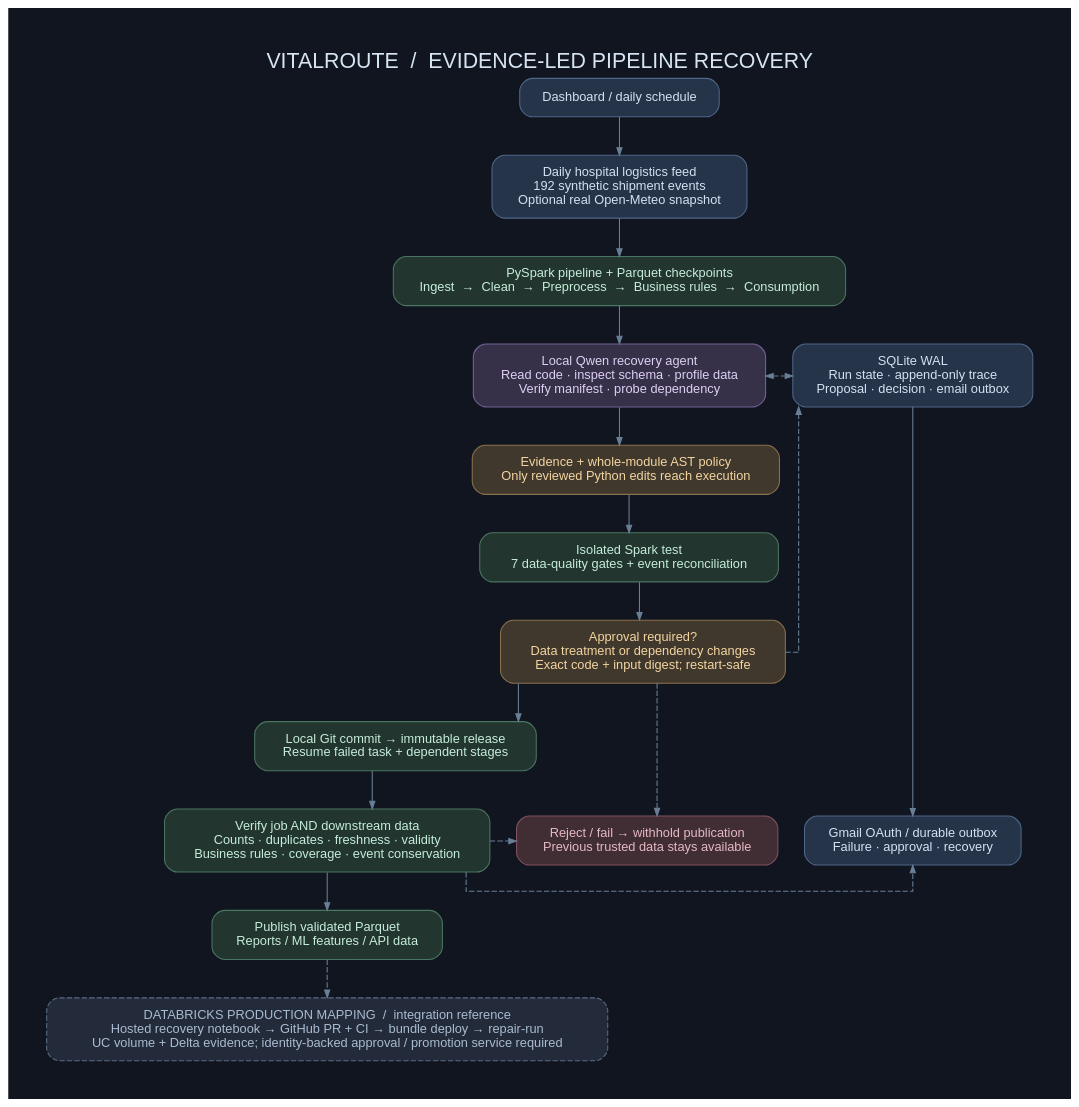
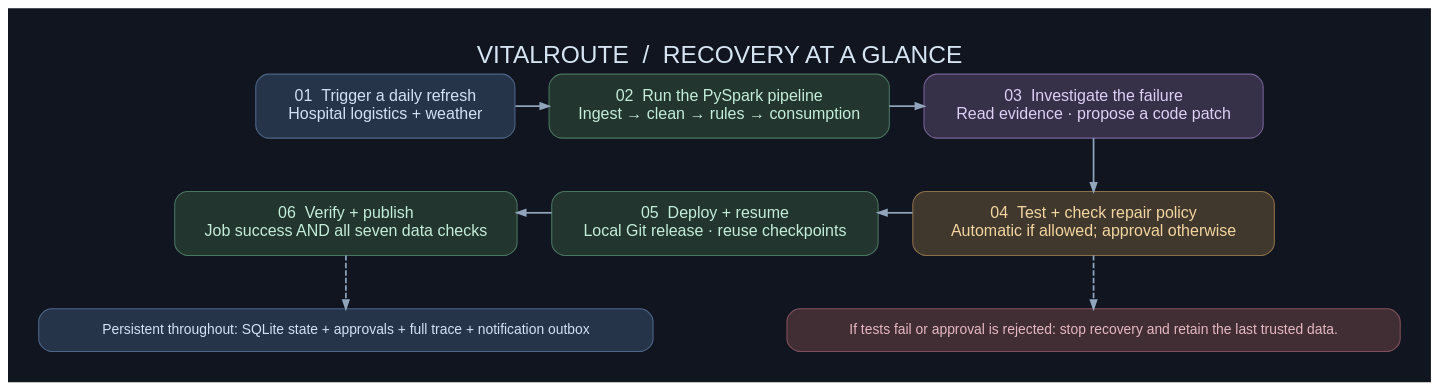
The diagram in docs/diagrams/architecture.dot (joshuadominic0598/data-pipeline-recovery-agent), drawn with Graphviz before and after one commit. The commit also changed 12 other files, not shown here.

Commit message:
Simplify recovery diagrams and explain Databricks production flow

```diff
--- a/docs/diagrams/architecture.dot
+++ b/docs/diagrams/architecture.dot
@@ -1,25 +1,22 @@
 digraph VitalRoute {
-  graph [bgcolor="#10151f", pad="0.5", ranksep="0.5", nodesep="0.35", fontname="Helvetica", label="VITALROUTE  /  EVIDENCE-LED PIPELINE RECOVERY", labelloc=t, fontsize=20, fontcolor="#d7e5f3", splines=ortho];
-  node [shape=box, style="rounded,filled", fillcolor="#23352f", color="#4a7560", fontcolor="#c5edda", fontname="Helvetica", fontsize=12, margin="0.18,0.14"];
-  edge [color="#697f95", arrowsize=0.7, fontcolor="#9aaec4", fontname="Helvetica", fontsize=10];
-  trigger [label="Dashboard / daily schedule", fillcolor="#263449",color="#4d6689",fontcolor="#d3e1f4"];
-  data [label="Daily hospital logistics feed\n192 synthetic shipment events\nOptional real Open-Meteo snapshot",fillcolor="#263449",color="#4d6689",fontcolor="#d3e1f4"];
-  pipeline [label="PySpark pipeline + Parquet checkpoints\nIngest  →  Clean  →  Preprocess  →  Business rules  →  Consumption"];
-  agent [label="Local Qwen recovery agent\nRead code · inspect schema · profile data\nVerify manifest · probe dependency",fillcolor="#363048",color="#756295",fontcolor="#ded0f4"];
-  policy [label="Evidence + whole-module AST policy\nOnly reviewed Python edits reach execution",fillcolor="#40382c",color="#8a704b",fontcolor="#f3d5a1"];
-  sandbox [label="Isolated Spark test\n7 data-quality gates + event reconciliation"];
-  approval [label="Approval required?\nData treatment or dependency changes\nExact code + input digest; restart-safe",fillcolor="#40382c",color="#8a704b",fontcolor="#f3d5a1"];
-  release [label="Local Git commit → immutable release\nResume failed task + dependent stages"];
-  verify [label="Verify job AND downstream data\nCounts · duplicates · freshness · validity\nBusiness rules · coverage · event conservation"];
-  publish [label="Publish validated Parquet\nReports / ML features / API data"];
-  preserve [label="Reject / fail → withhold publication\nPrevious trusted data stays available",fillcolor="#402e34",color="#80505c",fontcolor="#e5b9c3"];
-  state [label="SQLite WAL\nRun state · append-only trace\nProposal · decision · email outbox",fillcolor="#263449",color="#4d6689",fontcolor="#d3e1f4"];
-  email [label="Gmail OAuth / durable outbox\nFailure · approval · recovery",fillcolor="#263449",color="#4d6689",fontcolor="#d3e1f4"];
-  cloud [label="DATABRICKS PRODUCTION MAPPING  /  integration reference\nHosted recovery notebook → GitHub PR + CI → bundle deploy → repair-run\nUC volume + Delta evidence; identity-backed approval / promotion service required",fillcolor="#232b3a",color="#596b83",fontcolor="#a9bbd0",style="rounded,filled,dashed"];
-  trigger -> data -> pipeline -> agent -> policy -> sandbox -> approval -> release -> verify -> publish;
-  approval -> preserve [style=dashed]; verify -> preserve [style=dashed];
-  agent -> state [style=dashed,dir=both]; approval -> state [style=dashed]; verify -> email [style=dashed]; state -> email;
-  publish -> cloud [style=dashed];
-  {rank=same; agent;state;}
-  {rank=same; verify;email;preserve;}
+  graph [bgcolor="#10151f", pad="0.4", ranksep="0.7", nodesep="0.45", fontname="Helvetica", label="VITALROUTE  /  RECOVERY AT A GLANCE", labelloc=t, fontsize=23, fontcolor="#d7e5f3", splines=ortho];
+  node [shape=box, style="rounded,filled", fillcolor="#23352f", color="#4a7560", fontcolor="#c5edda", fontname="Helvetica", fontsize=15, margin="0.22,0.18", width=3.2];
+  edge [color="#91a6bc", arrowsize=0.8, penwidth=1.6];
+  trigger [label="01  Trigger a daily refresh\nHospital logistics + weather",fillcolor="#263449",color="#4d6689",fontcolor="#d3e1f4"];
+  pipeline [label="02  Run the PySpark pipeline\nIngest → clean → rules → consumption"];
+  agent [label="03  Investigate the failure\nRead evidence · propose a code patch",fillcolor="#363048",color="#756295",fontcolor="#ded0f4"];
+  test [label="04  Test + check repair policy\nAutomatic if allowed; approval otherwise",fillcolor="#40382c",color="#8a704b",fontcolor="#f3d5a1"];
+  release [label="05  Deploy + resume\nLocal Git release · reuse checkpoints"];
+  verify [label="06  Verify + publish\nJob success AND all seven data checks"];
+  stop [label="If tests fail or approval is rejected: stop recovery and retain the last trusted data.",fillcolor="#402e34",color="#80505c",fontcolor="#e5b9c3",fontsize=13];
+  state [label="Persistent throughout: SQLite state + approvals + full trace + notification outbox",fillcolor="#263449",color="#4d6689",fontcolor="#d3e1f4",fontsize=13];
+  {rank=same; trigger; pipeline; agent;}
+  {rank=same; verify; release; test;}
+  trigger -> pipeline -> agent;
+  agent -> test;
+  verify -> release -> test [style=invis];
+  test -> release -> verify [constraint=false];
+  test -> stop [style=dashed];
+  verify -> state [style=dashed];
+  {rank=same; stop; state;}
 }
```
